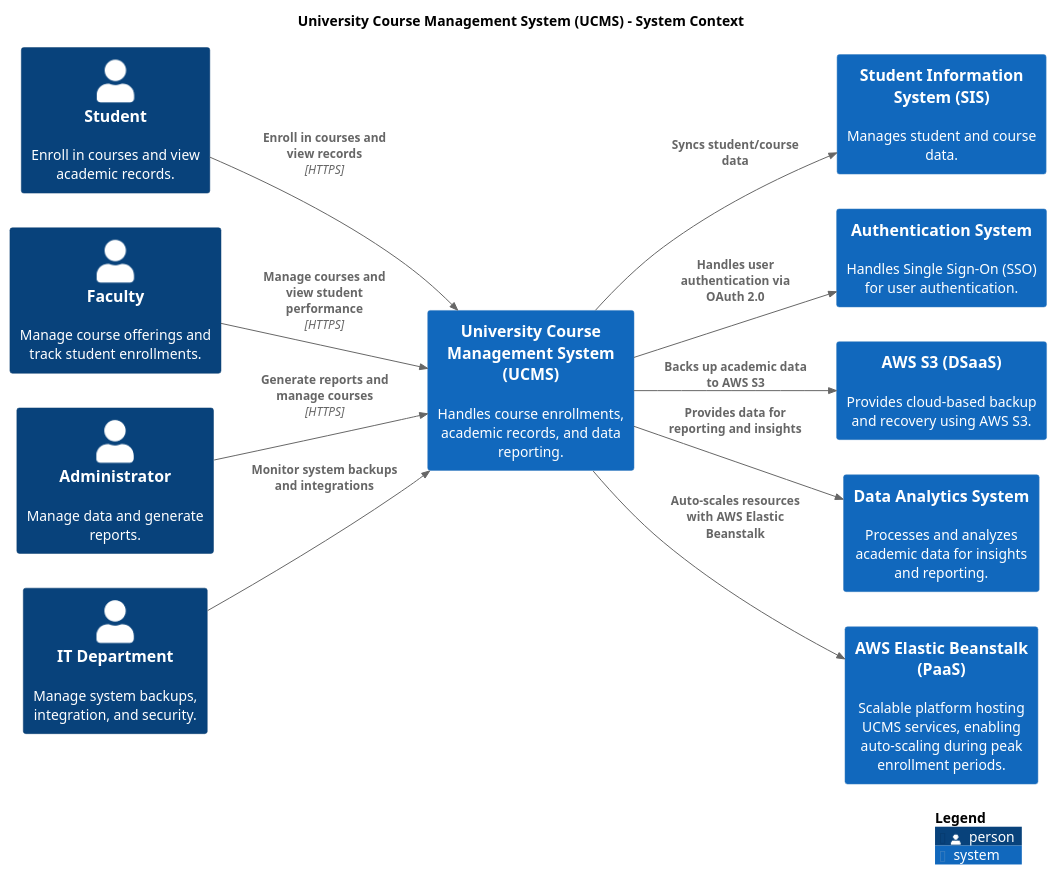
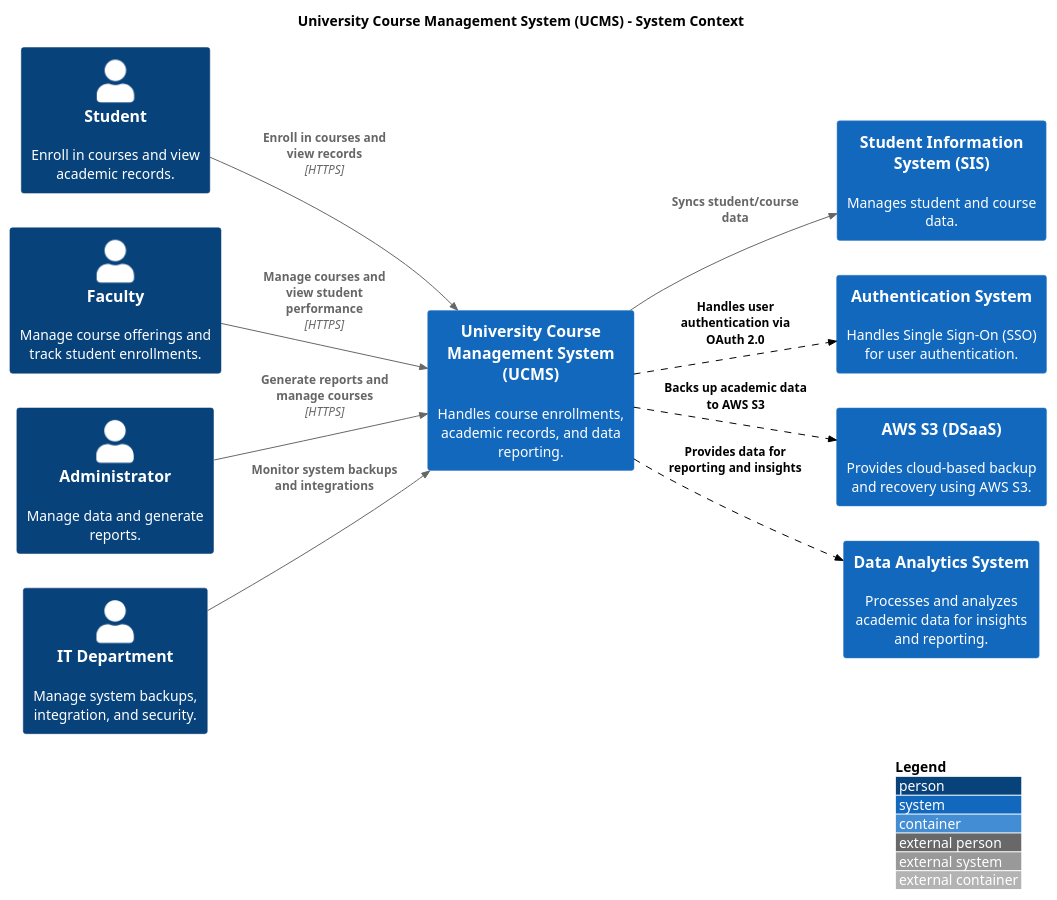
One commit to Mukundks2004/SoftwareArchC4Group changed the diagram in Context_Diagram.puml. Above: the diagram before and after it, drawn with PlantUML.

Commit message:
Added style tag for dotted line ("sync") and updated external system colour to be grey

```diff
--- a/Context_Diagram.puml
+++ b/Context_Diagram.puml
@@ -1,32 +1,31 @@
 @startuml
 set separator none
 title University Course Management System (UCMS) - System Context
 
 left to right direction
 
-!include <C4/C4>
-!include <C4/C4_Context>
+!include https://raw.githubusercontent.com/kirchsth/C4-PlantUML/extended/C4_Container.puml
+
+AddRelTag("sync", $textColor="black", $lineColor="black", $lineStyle = DashedLine())
 
 Person(Student, "Student", $descr="Enroll in courses and view academic records.", $tags="", $link="")
 System(StudentInformationSystemSIS, "Student Information System (SIS)", $descr="Manages student and course data.", $tags="", $link="")
 System(AuthenticationSystem, "Authentication System", $descr="Handles Single Sign-On (SSO) for user authentication.", $tags="", $link="")
 System(AWSS3DSaaS, "AWS S3 (DSaaS)", $descr="Provides cloud-based backup and recovery using AWS S3.", $tags="", $link="")
 Person(Faculty, "Faculty", $descr="Manage course offerings and track student enrollments.", $tags="", $link="")
 System(DataAnalyticsSystem, "Data Analytics System", $descr="Processes and analyzes academic data for insights and reporting.", $tags="", $link="")
-System(AWSElasticBeanstalkPaaS, "AWS Elastic Beanstalk (PaaS)", $descr="Scalable platform hosting UCMS services, enabling auto-scaling during peak enrollment periods.", $tags="", $link="")
 Person(Administrator, "Administrator", $descr="Manage data and generate reports.", $tags="", $link="")
 Person(ITDepartment, "IT Department", $descr="Manage system backups, integration, and security.", $tags="", $link="")
 System(UCMS, "University Course Management System (UCMS)", $descr="Handles course enrollments, academic records, and data reporting.", $tags="", $link="")
 
 Rel(Student, UCMS, "Enroll in courses and view records", $techn="HTTPS", $tags="", $link="")
 Rel(Faculty, UCMS, "Manage courses and view student performance", $techn="HTTPS", $tags="", $link="")
 Rel(Administrator, UCMS, "Generate reports and manage courses", $techn="HTTPS", $tags="", $link="")
 Rel(ITDepartment, UCMS, "Monitor system backups and integrations", $techn="", $tags="", $link="")
 Rel(UCMS, StudentInformationSystemSIS, "Syncs student/course data", $techn="", $tags="", $link="")
-Rel(UCMS, AuthenticationSystem, "Handles user authentication via OAuth 2.0", $techn="", $tags="", $link="")
-Rel(UCMS, AWSS3DSaaS, "Backs up academic data to AWS S3", $techn="", $tags="", $link="")
-Rel(UCMS, DataAnalyticsSystem, "Provides data for reporting and insights", $techn="", $tags="", $link="")
-Rel(UCMS, AWSElasticBeanstalkPaaS, "Auto-scales resources with AWS Elastic Beanstalk", $techn="", $tags="", $link="")
+Rel(UCMS, AuthenticationSystem, "Handles user authentication via OAuth 2.0", $techn="", $tags="sync", $link="")
+Rel(UCMS, AWSS3DSaaS, "Backs up academic data to AWS S3", $techn="", $tags="sync", $link="")
+Rel(UCMS, DataAnalyticsSystem, "Provides data for reporting and insights", $techn="", $tags="sync", $link="")
 
-SHOW_LEGEND(true)
+LAYOUT_WITH_LEGEND()
 @enduml
```
